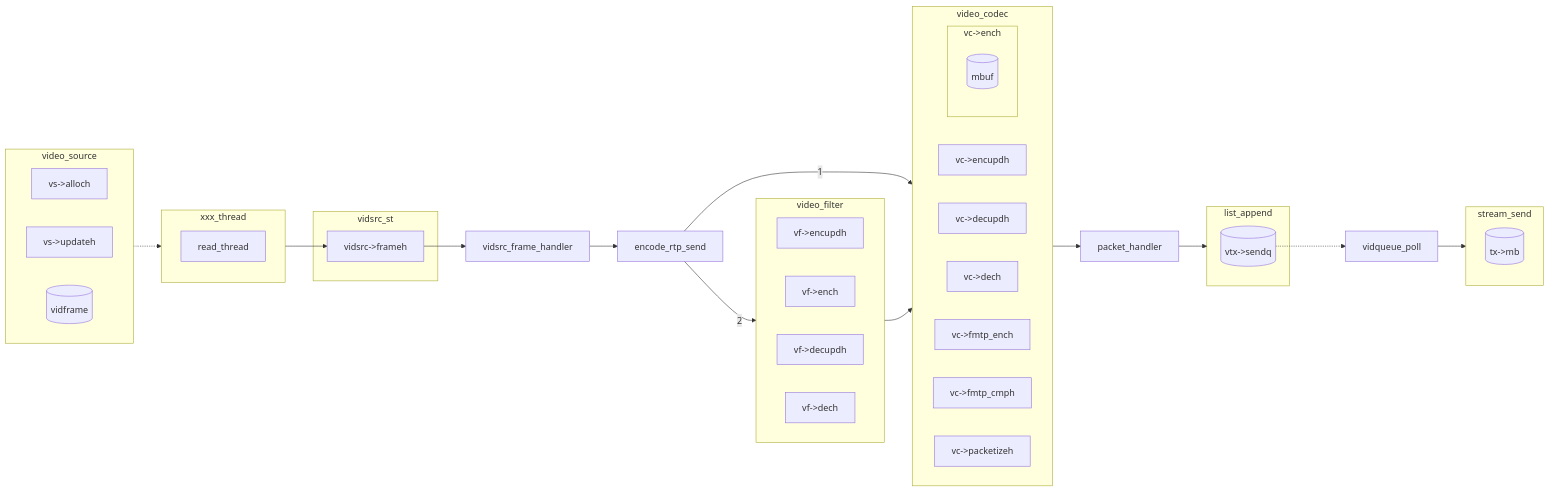
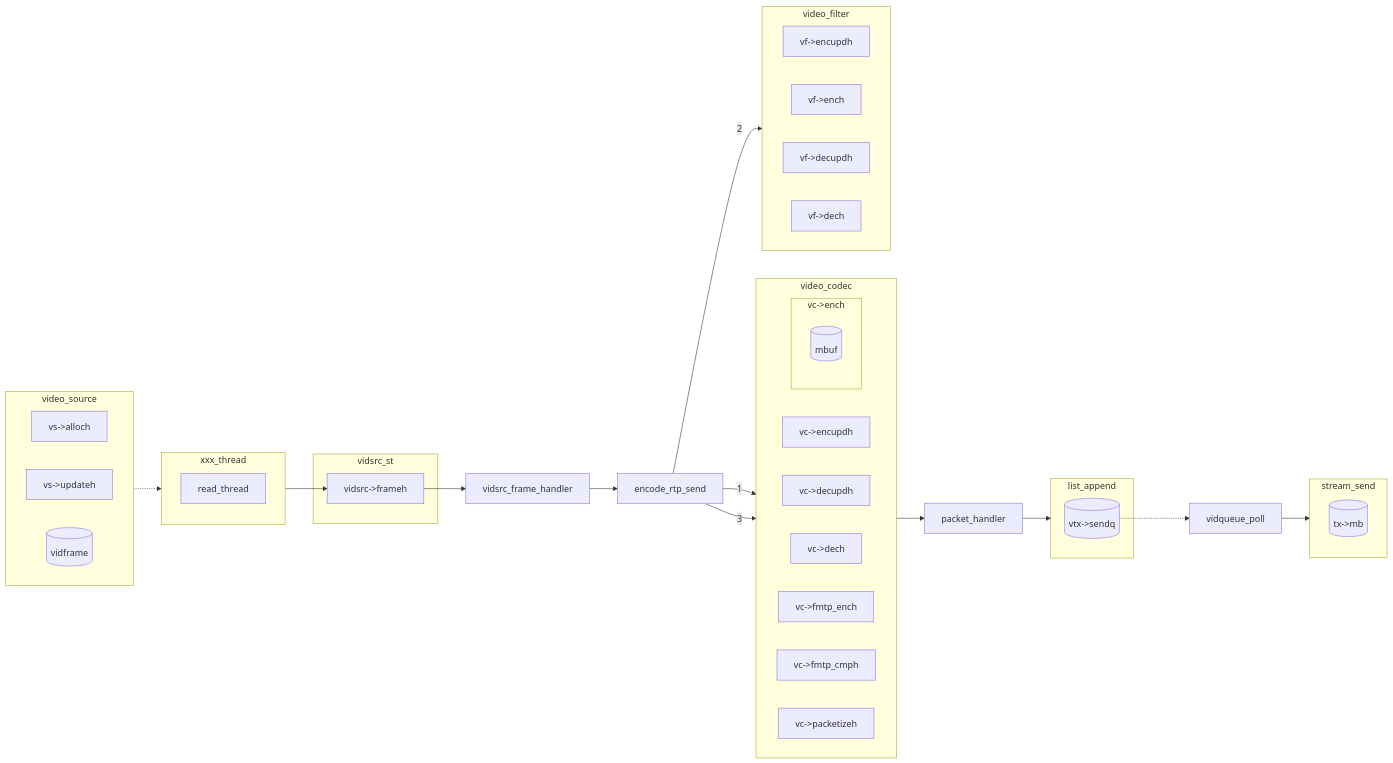
Before and after one commit to lankahsu520/HelperX: the eighth of 18 diagrams in helper_baresip.md, drawn with Mermaid.

Commit message:
update helper_baresip.md, 3.1.2. encode ( source --> baresip)

````diff
--- a/helper_baresip.md
+++ b/helper_baresip.md
@@ -147,46 +147,47 @@
 ```mermaid
 flowchart LR
 	subgraph video_codec
 		direction LR
 		vc-encupdh[vc->encupdh]
 		subgraph vc-ench[vc->ench]
 			mbuf[(mbuf)]
 		end
 		vc-decupdh[vc->decupdh]
 		vc-dech[vc->dech]
 		vc-fmtp_ench[vc->fmtp_ench]
 		vc-fmtp_cmph[vc->fmtp_cmph]
 		vc-packetizeh[vc->packetizeh]
 	end
 	subgraph video_filter
 		direction LR
 		vf-encupdh[vf->encupdh]
 		vf-ench[vf->ench]
 		vf-decupdh[vf->decupdh]
 		vf-dech[vf->dech]
 	end
 	subgraph video_source
 		direction LR
 		vs-alloch[vs->alloch]
 		vs-updateh[vs->updateh]
 		vidframe[(vidframe)]
 	end
 	subgraph vidsrc_st
 		vidsrc-frameh[vidsrc->frameh]
 	end
 	subgraph xxx_thread
 		read_thread
 	end
 	subgraph list_append
 		vtx-sendq[(vtx->sendq)]
 	end
 	subgraph stream_send
 		tx-mb[(tx->mb)]
 	end
 	vs-alloch .-> xxx_thread --> vidsrc-frameh --> vidsrc_frame_handler
     vidsrc_frame_handler --> encode_rtp_send
 		encode_rtp_send --> |1|vc-packetizeh
-		encode_rtp_send --> |2|vf-ench --> vc-ench --> packet_handler --> list_append
+		encode_rtp_send --> |2|vf-ench
+		encode_rtp_send --> |3|vc-ench --> packet_handler --> list_append
 	
 	vtx-sendq ..-> vidqueue_poll --> stream_send
 ```
````
